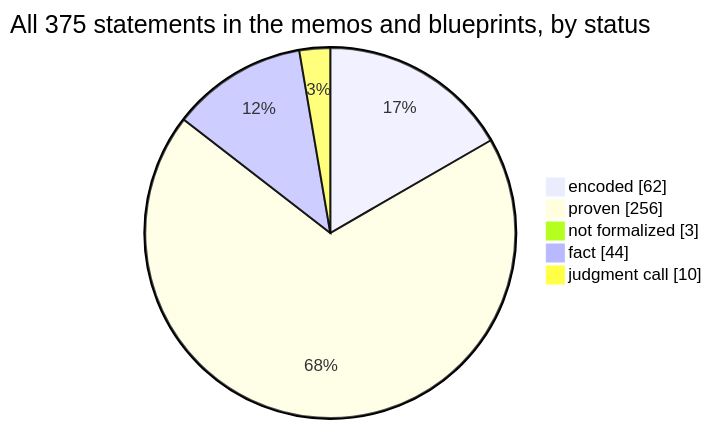
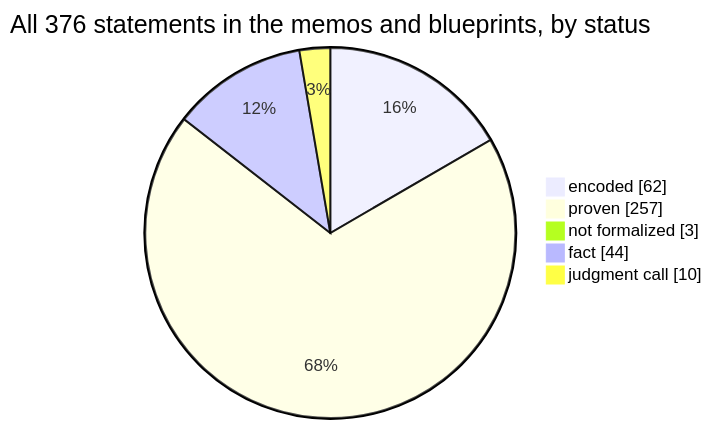
The first of 4 diagrams in docs/graphs/dashboard.md (SeanWMurray/Canteen), drawn with Mermaid before and after one commit. The commit also changed other lines of this file and 15 other files, not shown here.

````diff
--- a/docs/graphs/dashboard.md
+++ b/docs/graphs/dashboard.md
@@ -11,8 +11,8 @@
 ```mermaid
-pie showData title All 375 statements in the memos and blueprints, by status
+pie showData title All 376 statements in the memos and blueprints, by status
     "encoded" : 62
-    "proven" : 256
+    "proven" : 257
     "not formalized" : 3
     "fact" : 44
     "judgment call" : 10
 ```
````
